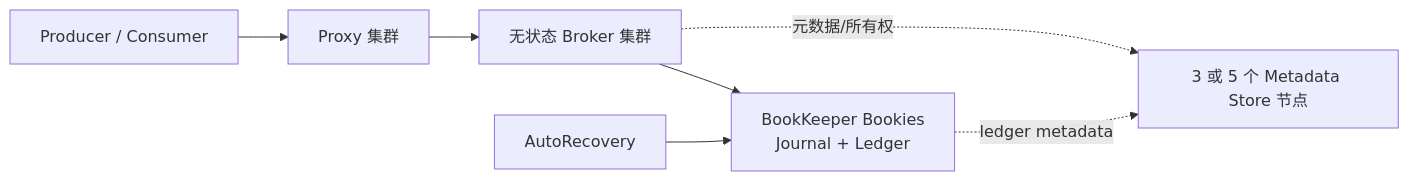
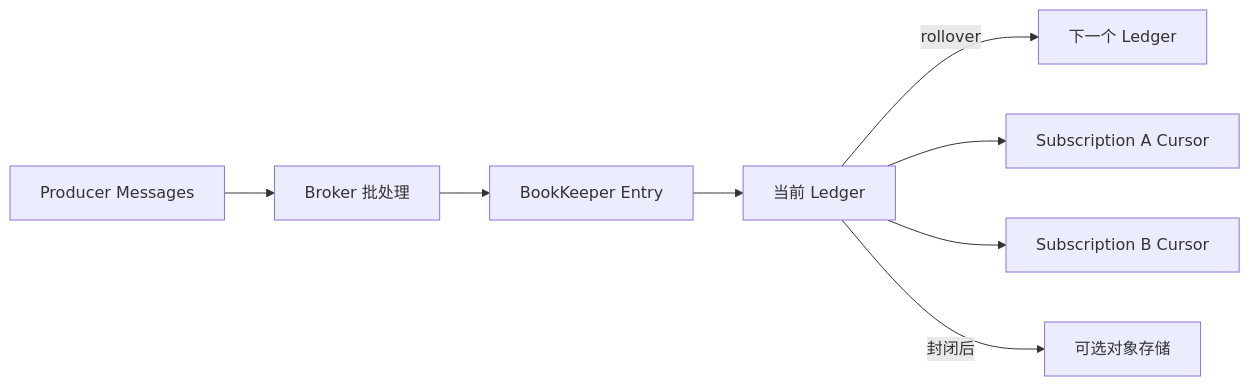
One commit to hotttao/backup changed the sixth of 12 diagrams in posts/microservices/queue/005_pulsar.md. Above: the diagram before and after it, drawn with Mermaid. The commit also changed other lines of this file and 10 other files, not shown here.

````diff
--- a/posts/microservices/queue/005_pulsar.md
+++ b/posts/microservices/queue/005_pulsar.md
@@ -27,9 +649,10 @@
 ```mermaid
 flowchart LR
-    PC[Producer / Consumer] --> PX[Proxy 集群]
-    PX --> B[无状态 Broker 集群]
-    B --> BK[BookKeeper Bookies\nJournal + Ledger]
-    B -. 元数据/所有权 .-> M[3 或 5 个 Metadata Store 节点]
-    AR[AutoRecovery] --> BK
-    BK -. ledger metadata .-> M
+    P[Producer Messages] --> B[Broker 批处理]
+    B --> E[BookKeeper Entry]
+    E --> L1[当前 Ledger]
+    L1 -->|rollover| L2[下一个 Ledger]
+    L1 --> C1[Subscription A Cursor]
+    L1 --> C2[Subscription B Cursor]
+    L1 -->|封闭后| O[可选对象存储]
 ```
````
